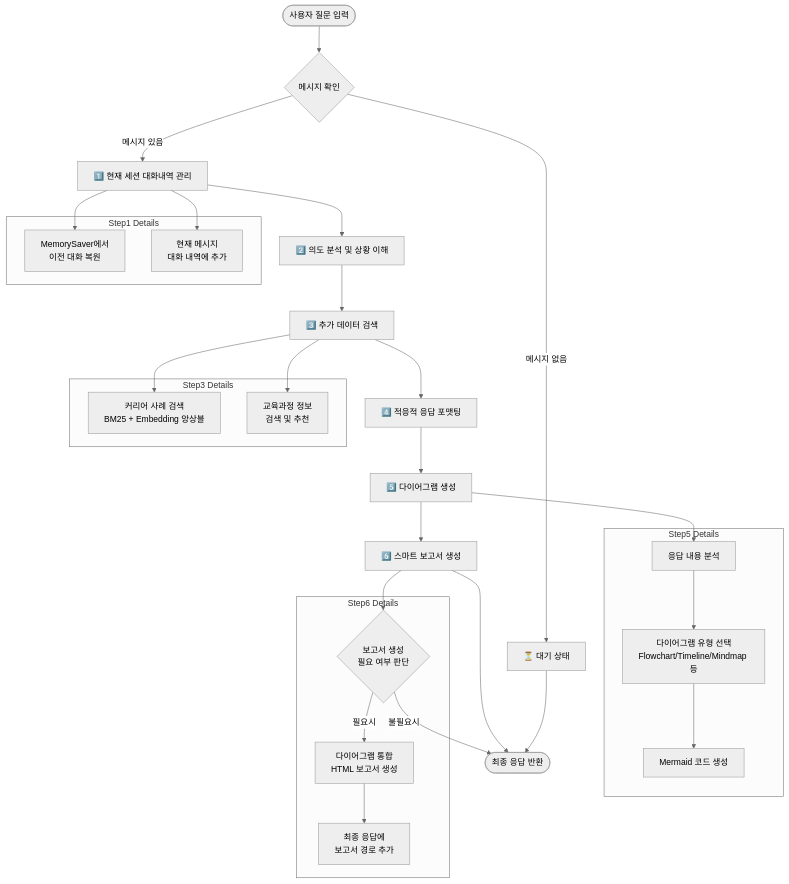
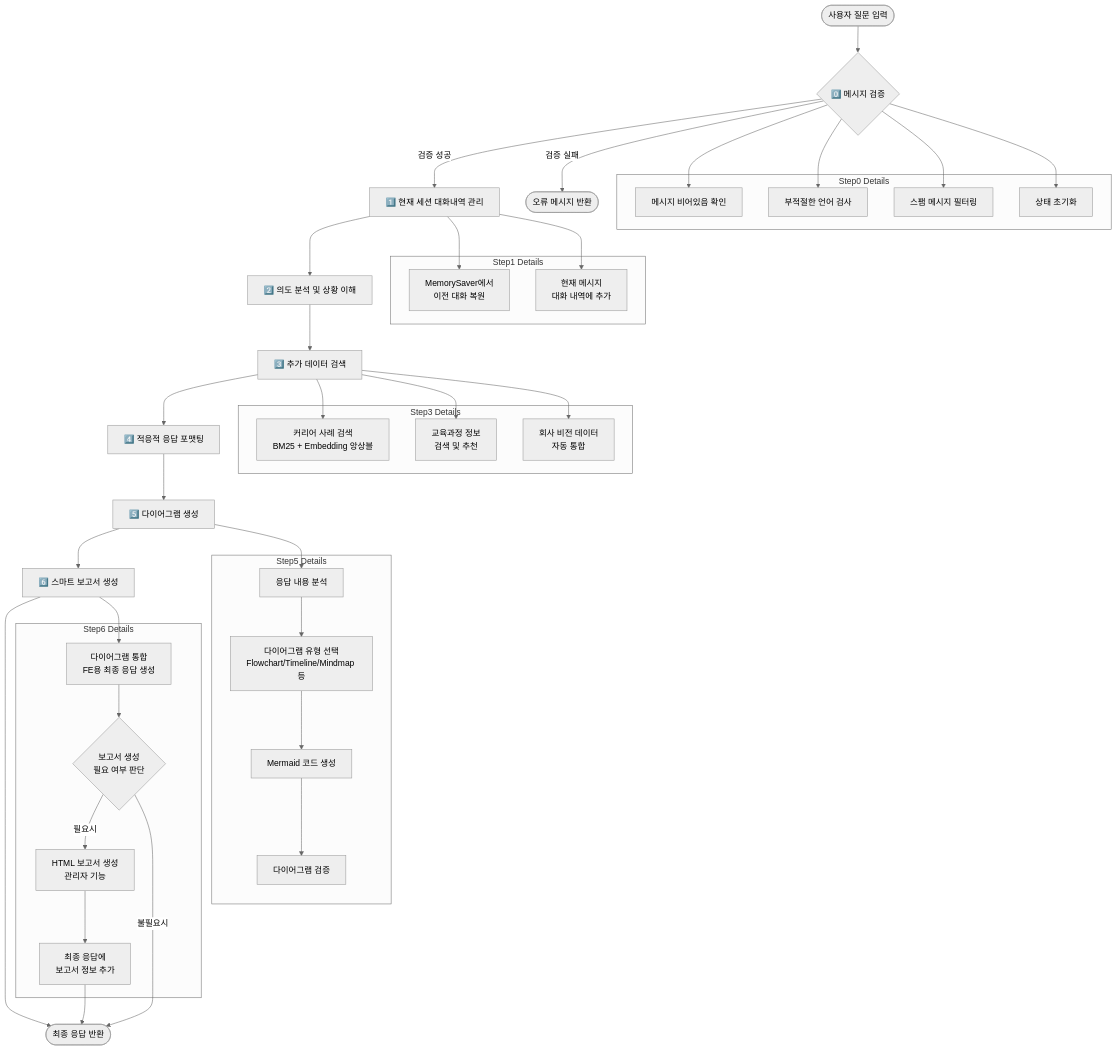
Before and after one commit to SK4toB/g-navi-ai-api: the second of 3 diagrams in README.md, drawn with Mermaid (neutral theme). The commit also changed other lines of this file and 2 other files, not shown here.

Commit message:
test_wait node 삭제(ref #41)

````diff
--- a/README.md
+++ b/README.md
@@ -87,48 +89,65 @@
 ```mermaid
 flowchart TD
-    Start([사용자 질문 입력]) --> Check{메시지 확인}
-    Check -->|메시지 있음| Step1[1️⃣ 현재 세션 대화내역 관리]
-    Check -->|메시지 없음| Wait[⏳ 대기 상태]
+    Start([사용자 질문 입력]) --> Check{0️⃣ 메시지 검증}
+    Check -->|검증 성공| Step1[1️⃣ 현재 세션 대화내역 관리]
+    Check -->|검증 실패| End([오류 메시지 반환])
     
     Step1 --> Step2[2️⃣ 의도 분석 및 상황 이해]
     Step2 --> Step3[3️⃣ 추가 데이터 검색]
     Step3 --> Step4[4️⃣ 적응적 응답 포맷팅]
     Step4 --> Step5[5️⃣ 다이어그램 생성]
     Step5 --> Step6[6️⃣ 스마트 보고서 생성]
-    Step6 --> End([최종 응답 반환])
-    Wait --> End
+    Step6 --> FinalEnd([최종 응답 반환])
+    
+    subgraph "Step0 Details"
+        Step0A[메시지 비어있음 확인]
+        Step0B[부적절한 언어 검사]
+        Step0C[스팸 메시지 필터링]
+        Step0D[상태 초기화]
+    end
     
     subgraph "Step1 Details"
         Step1A[MemorySaver에서<br/>이전 대화 복원]
         Step1B[현재 메시지<br/>대화 내역에 추가]
     end
     
     subgraph "Step3 Details"
         Step3A[커리어 사례 검색<br/>BM25 + Embedding 앙상블]
-        Step3C[교육과정 정보<br/>검색 및 추천]
+        Step3B[교육과정 정보<br/>검색 및 추천]
+        Step3C[회사 비전 데이터<br/>자동 통합]
     end
     
     subgraph "Step5 Details"
         Step5A[응답 내용 분석]
         Step5B[다이어그램 유형 선택<br/>Flowchart/Timeline/Mindmap 등]
         Step5C[Mermaid 코드 생성]
+        Step5D[다이어그램 검증]
     end
     
     subgraph "Step6 Details"
-        Step6A{보고서 생성<br/>필요 여부 판단}
-        Step6B[다이어그램 통합<br/>HTML 보고서 생성]
-        Step6C[최종 응답에<br/>보고서 경로 추가]
+        Step6A[다이어그램 통합<br/>FE용 최종 응답 생성]
+        Step6B{보고서 생성<br/>필요 여부 판단}
+        Step6C[HTML 보고서 생성<br/>관리자 기능]
+        Step6D[최종 응답에<br/>보고서 정보 추가]
     end
     
+    Check --> Step0A
+    Check --> Step0B
+    Check --> Step0C
+    Check --> Step0D
     Step1 --> Step1A
     Step1 --> Step1B
     Step3 --> Step3A
+    Step3 --> Step3B
     Step3 --> Step3C
     Step5 --> Step5A
     Step5A --> Step5B
     Step5B --> Step5C
+    Step5C --> Step5D
     Step6 --> Step6A
-    Step6A -->|필요시| Step6B
-    Step6B --> Step6C
-    Step6A -->|불필요시| End
+    Step6A --> Step6B
+    Step6B -->|필요시| Step6C
+    Step6C --> Step6D
+    Step6B -->|불필요시| FinalEnd
+    Step6D --> FinalEnd
 ```
````
